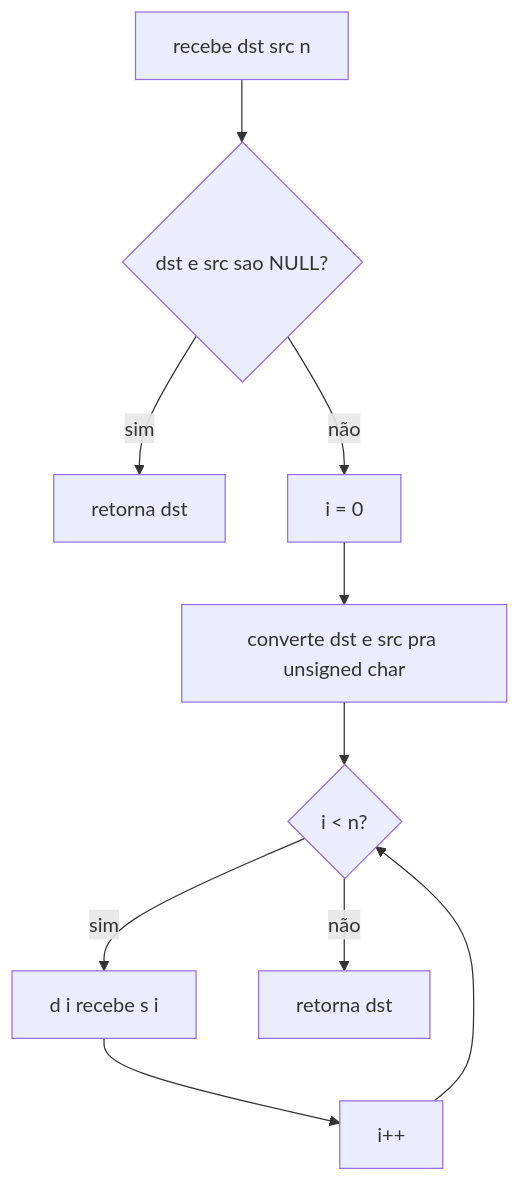
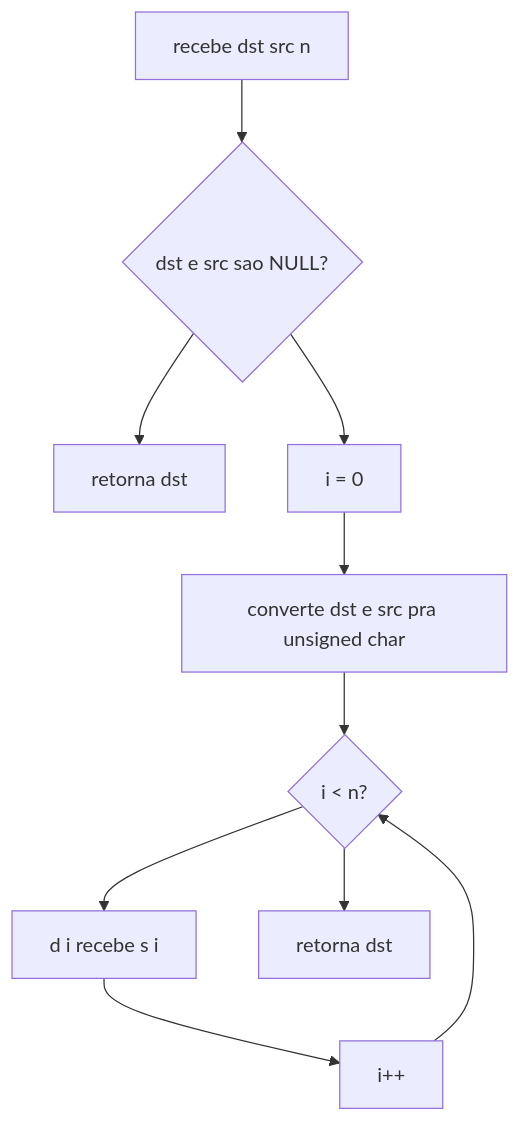
The ninth of 43 diagrams in 1-libft/Readme.md (ahy-git/docs), drawn with Mermaid before and after one commit. The commit also changed other lines of this file, not shown here.

````diff
--- a/1-libft/Readme.md
+++ b/1-libft/Readme.md
@@ -860,12 +860,12 @@
 ```mermaid
 flowchart TD
 	A["recebe dst src n"] --> B{"dst e src sao NULL?"}
-	B -- sim --> C["retorna dst"]
-	B -- não --> D["i = 0"]
+	B --> C["retorna dst"]
+	B --> D["i = 0"]
 	D --> E["converte dst e src pra unsigned char"]
 	E --> F{"i < n?"}
-	F -- sim --> G["d i recebe s i"]
+	F --> G["d i recebe s i"]
 	G --> H["i++"]
 	H --> F
-	F -- não --> I["retorna dst"]
+	F --> I["retorna dst"]
 ```
````
